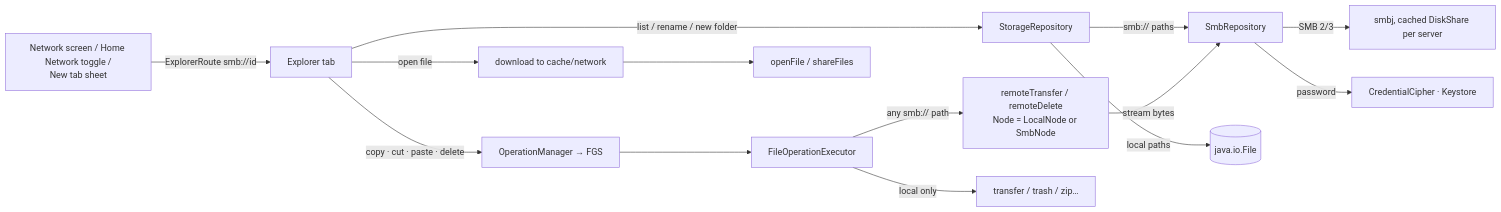
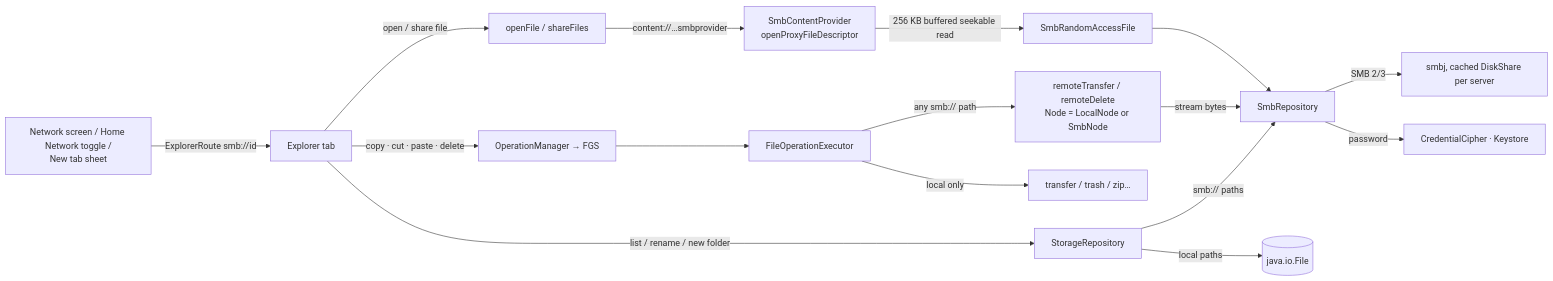
Before and after one commit to aiyu-ayaan/Findex: the fourth of 15 diagrams in development/docs/ARCHITECTURE.md, drawn with Mermaid. The commit also changed other lines of this file and 1 other file, not shown here.

Commit message:
docs(Architecture) : Document SMB thumbnail generation and seekable SmbContentProvider streaming

````diff
--- a/development/docs/ARCHITECTURE.md
+++ b/development/docs/ARCHITECTURE.md
@@ -181,15 +181,17 @@
 ```mermaid
 flowchart LR
     Entry[Network screen / Home Network toggle /<br/>New tab sheet] -->|ExplorerRoute smb://id| Tab[Explorer tab]
     Tab -->|list / rename / new folder| SR[StorageRepository]
     SR -->|smb:// paths| Smb[SmbRepository]
     SR -->|local paths| FS[(java.io.File)]
     Tab -->|copy · cut · paste · delete| OM[OperationManager → FGS]
     OM --> Exec[FileOperationExecutor]
     Exec -->|any smb:// path| Remote[remoteTransfer / remoteDelete<br/>Node = LocalNode or SmbNode]
     Exec -->|local only| Local[transfer / trash / zip…]
     Remote -->|stream bytes| Smb
     Smb -->|SMB 2/3| Smbj[smbj, cached DiskShare per server]
     Smb -->|password| CC[CredentialCipher · Keystore]
-    Tab -->|open file| DL[download to cache/network] --> Viewer[openFile / shareFiles]
+    Tab -->|open / share file| Viewer[openFile / shareFiles]
+    Viewer -->|content://…smbprovider| Prov[SmbContentProvider<br/>openProxyFileDescriptor]
+    Prov -->|256 KB buffered seekable read| RAF[SmbRandomAccessFile] --> Smb
 ```
````
